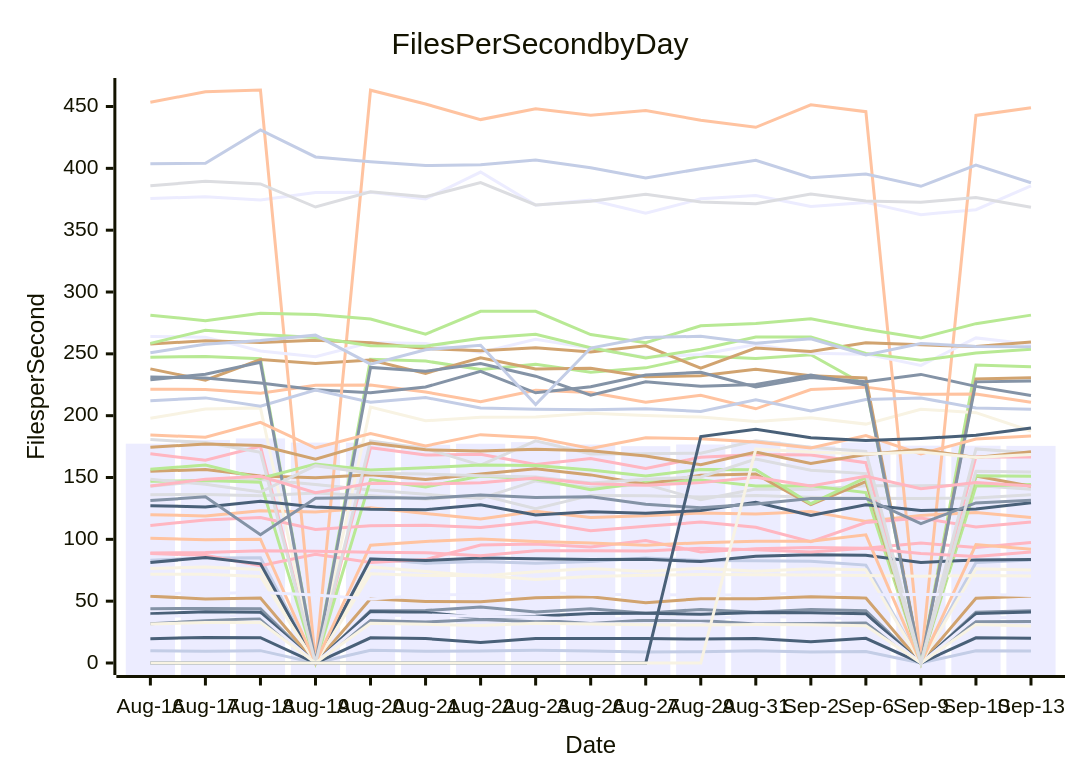
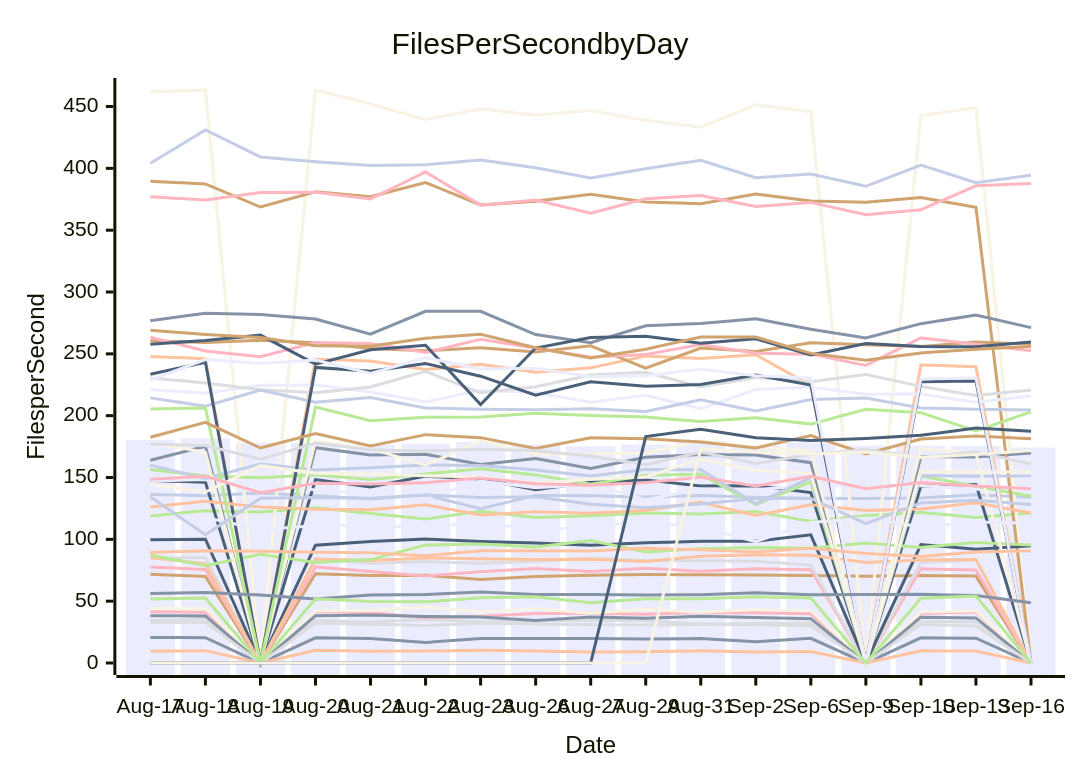
Before and after one commit to streetsidesoftware/cspell: the diagram in perf-report.md, drawn with Mermaid. The commit also changed other lines of this file and 1 other file, not shown here.

````diff
--- a/perf-report.md
+++ b/perf-report.md
@@ -10,56 +10,56 @@
 ```mermaid
 xychart-beta
     title Files Per Second by Day
     y-axis Files per Second
-    x-axis Date [Aug-16, Aug-17, Aug-18, Aug-19, Aug-20, Aug-21, Aug-22, Aug-23, Aug-26, Aug-27, Aug-29, Aug-31, Sep-2, Sep-6, Sep-9, Sep-10, Sep-13]
-    bar [177.36, 180.37, 181.58, 178.25, 178.21, 176.48, 177.31, 178.59, 176.65, 175.34, 176.71, 179.62, 175.68, 178.38, 175.73, 175.70, 175.56]
-    line [43.84, 44.17, 43.94, 0.00, 42.21, 42.40, 45.26, 41.26, 43.81, 40.27, 43.32, 41.01, 43.29, 42.33, 0.00, 41.15, 42.24]
-    line [119.97, 118.94, 123.21, 122.05, 125.45, 120.85, 116.37, 122.78, 117.70, 119.12, 121.35, 120.42, 122.42, 114.54, 119.33, 121.78, 117.69]
-    line [142.97, 147.08, 148.37, 144.42, 139.84, 136.44, 133.06, 147.23, 141.82, 144.43, 131.99, 140.70, 140.40, 143.33, 143.38, 143.55, 140.59]
-    line [247.26, 247.95, 246.01, 0.00, 245.63, 244.19, 237.32, 241.48, 235.19, 238.66, 248.28, 246.15, 249.29, 224.39, 0.00, 241.04, 239.64]
-    line [54.05, 51.77, 52.47, 0.00, 51.98, 49.75, 49.50, 52.81, 53.66, 48.74, 52.00, 52.00, 53.54, 52.52, 0.00, 52.32, 54.12]
-    line [9.93, 9.56, 9.98, 0.00, 10.21, 9.57, 9.67, 10.21, 9.79, 8.96, 9.05, 9.81, 8.92, 9.30, 0.00, 9.85, 9.67]
-    line [169.12, 163.90, 175.25, 0.00, 174.12, 168.12, 168.81, 160.53, 165.45, 157.28, 166.29, 168.59, 168.11, 162.00, 0.00, 166.81, 166.56]
-    line [39.81, 41.51, 41.02, 0.00, 41.64, 40.90, 36.56, 37.81, 40.07, 40.16, 39.52, 40.88, 40.72, 39.85, 0.00, 39.94, 41.26]
-    line [197.88, 205.41, 206.29, 0.00, 206.95, 195.89, 198.81, 198.92, 201.94, 200.15, 198.85, 195.27, 198.37, 193.18, 205.21, 202.42, 187.59]
-    line [375.65, 377.00, 374.45, 380.47, 380.68, 375.26, 397.02, 370.26, 374.39, 363.66, 375.36, 378.12, 369.19, 372.46, 362.58, 366.57, 385.92]
-    line [31.78, 34.11, 35.97, 0.00, 34.29, 33.06, 35.20, 33.44, 33.88, 34.28, 34.29, 31.46, 31.96, 32.39, 0.00, 33.27, 33.48]
-    line [221.35, 221.21, 218.06, 224.66, 224.81, 219.16, 211.20, 220.63, 218.66, 210.78, 216.53, 205.56, 221.13, 223.08, 217.30, 217.60, 210.80]
-    line [136.01, 136.33, 135.27, 137.39, 135.24, 132.55, 135.80, 124.86, 135.53, 135.15, 134.28, 135.44, 134.10, 133.16, 133.12, 133.37, 136.08]
-    line [146.97, 147.53, 146.24, 0.00, 148.33, 142.38, 151.12, 148.79, 140.03, 146.17, 148.08, 143.16, 143.31, 137.86, 0.00, 143.10, 144.41]
-    line [237.83, 228.68, 245.41, 242.22, 244.96, 234.22, 246.89, 237.83, 238.28, 231.51, 232.29, 237.57, 232.38, 230.54, 0.00, 229.61, 230.62]
-    line [83.15, 84.93, 85.14, 0.00, 84.39, 80.69, 82.01, 80.62, 81.99, 84.93, 82.93, 82.69, 82.19, 79.19, 0.00, 81.30, 83.34]
-    line [88.54, 87.18, 78.69, 87.97, 81.21, 83.61, 95.38, 96.21, 93.90, 98.97, 89.73, 92.49, 93.42, 92.85, 96.99, 93.46, 97.52]
-    line [19.64, 20.70, 20.41, 0.00, 20.37, 19.78, 16.65, 19.78, 19.77, 19.75, 19.38, 19.78, 17.23, 19.98, 0.00, 20.38, 20.10]
-    line [76.38, 77.71, 75.62, 0.00, 77.72, 74.04, 70.35, 73.82, 76.46, 74.01, 76.69, 74.15, 76.26, 75.33, 0.00, 76.18, 75.30]
-    line [37.87, 38.23, 38.08, 0.00, 38.14, 38.85, 37.70, 37.19, 34.46, 37.13, 36.19, 37.79, 36.83, 35.85, 0.00, 37.06, 36.42]
-    line [231.20, 230.56, 226.49, 220.96, 218.62, 223.21, 235.78, 218.52, 223.39, 232.83, 235.11, 223.20, 230.93, 227.50, 233.38, 223.69, 216.25]
-    line [453.39, 461.99, 463.36, 0.00, 463.20, 452.00, 439.43, 448.11, 442.87, 446.82, 438.90, 433.22, 451.36, 445.82, 0.00, 442.79, 448.98]
-    line [385.96, 389.59, 387.36, 368.74, 381.05, 377.05, 388.53, 370.41, 373.49, 378.95, 372.79, 371.32, 379.20, 373.63, 372.65, 376.36, 368.52]
-    line [281.29, 276.84, 282.85, 281.73, 278.23, 265.94, 284.38, 284.39, 265.58, 259.03, 272.73, 274.59, 278.30, 269.85, 262.88, 274.40, 281.31]
-    line [154.99, 156.52, 151.19, 149.78, 152.30, 148.37, 152.77, 157.05, 152.12, 144.60, 151.74, 152.77, 128.16, 146.70, 0.00, 151.25, 142.95]
-    line [212.14, 214.39, 207.70, 220.70, 210.90, 214.69, 206.22, 205.16, 204.73, 205.50, 203.46, 212.85, 203.78, 213.00, 214.26, 206.28, 205.22]
-    line [111.20, 115.68, 117.57, 108.01, 110.94, 111.36, 109.59, 114.15, 106.99, 110.60, 113.93, 109.73, 98.03, 113.59, 117.23, 110.00, 114.04]
-    line [81.36, 85.27, 80.18, 0.00, 84.11, 82.91, 84.94, 84.37, 83.76, 83.84, 82.02, 86.32, 87.46, 87.14, 81.35, 83.34, 83.78]
-    line [71.73, 71.73, 69.94, 0.00, 72.13, 70.80, 70.95, 67.44, 70.02, 70.97, 71.48, 71.44, 71.07, 70.80, 70.10, 70.83, 70.27]
-    line [264.09, 263.50, 252.27, 247.59, 259.11, 258.43, 251.09, 261.73, 254.45, 247.25, 249.51, 257.53, 250.46, 249.77, 240.66, 262.89, 257.78]
-    line [229.09, 233.43, 243.19, 0.00, 239.03, 235.84, 242.13, 231.92, 216.52, 227.39, 223.72, 225.22, 232.84, 224.81, 0.00, 227.34, 228.09]
-    line [100.85, 99.70, 100.11, 0.00, 95.31, 98.34, 100.20, 98.20, 97.14, 95.15, 97.31, 98.42, 98.44, 103.61, 0.00, 95.82, 91.96]
-    line [180.65, 178.25, 170.32, 0.00, 179.55, 173.37, 159.94, 179.71, 169.02, 169.12, 169.70, 179.72, 174.42, 171.06, 0.00, 173.10, 169.76]
-    line [156.69, 160.04, 149.26, 160.96, 156.07, 157.97, 160.09, 159.80, 156.02, 151.31, 156.46, 156.20, 128.81, 149.88, 0.00, 151.49, 151.06]
-    line [258.00, 260.49, 259.27, 261.07, 258.95, 254.28, 252.45, 254.96, 251.52, 256.47, 238.41, 254.64, 251.96, 258.89, 257.30, 255.86, 259.52]
-    line [403.76, 404.07, 431.05, 409.21, 405.37, 402.28, 402.99, 406.75, 400.52, 392.20, 399.70, 406.57, 392.41, 395.48, 385.49, 402.68, 388.38]
-    line [89.04, 89.39, 90.78, 90.42, 89.47, 89.22, 86.73, 90.81, 90.69, 90.61, 92.79, 91.57, 89.68, 92.88, 88.59, 86.05, 89.85]
-    line [127.16, 126.21, 130.73, 126.16, 124.30, 123.93, 127.92, 119.73, 122.40, 121.04, 123.38, 130.04, 119.32, 127.89, 123.29, 124.49, 129.64]
-    line [31.50, 32.70, 32.97, 0.00, 32.06, 31.30, 30.41, 32.21, 31.61, 31.00, 30.67, 31.04, 30.96, 30.04, 0.00, 31.22, 29.93]
-    line [56.37, 56.24, 56.95, 55.01, 51.81, 55.08, 55.43, 57.37, 55.42, 55.44, 54.92, 55.19, 56.79, 55.22, 55.40, 55.63, 54.54]
-    line [131.31, 134.38, 103.66, 133.22, 133.90, 133.21, 135.84, 133.85, 134.48, 128.45, 125.51, 128.57, 133.06, 133.03, 112.77, 129.44, 131.63]
-    line [184.34, 182.55, 194.62, 173.87, 185.52, 175.53, 184.67, 182.24, 173.51, 182.05, 181.30, 178.67, 173.82, 183.91, 169.15, 181.18, 183.51]
-    line [148.56, 144.51, 138.29, 159.59, 153.49, 152.84, 151.42, 150.33, 145.56, 148.61, 150.44, 164.92, 155.92, 153.19, 0.00, 155.03, 154.46]
-    line [258.44, 269.09, 265.67, 263.14, 256.57, 256.22, 262.68, 265.85, 254.87, 246.75, 253.70, 263.63, 263.57, 250.38, 244.75, 250.69, 253.77]
-    line [174.43, 177.08, 175.87, 164.73, 177.91, 172.41, 171.41, 172.78, 171.71, 167.41, 160.25, 170.61, 161.33, 168.54, 172.61, 166.17, 170.88]
-    line [250.90, 257.82, 260.83, 265.11, 241.69, 253.34, 256.92, 209.05, 254.71, 263.18, 264.22, 258.50, 262.12, 249.11, 258.37, 255.88, 255.75]
-    line [143.10, 148.69, 150.98, 137.75, 145.27, 144.73, 145.80, 149.65, 145.04, 143.72, 145.86, 150.29, 143.06, 151.08, 140.90, 145.94, 143.19]
-    line [0.00, 0.00, 0.00, 0.00, 0.00, 0.00, 0.00, 0.00, 0.00, 0.00, 183.14, 189.02, 182.17, 179.93, 181.55, 184.12, 189.95]
-    line [0.00, 0.00, 0.00, 0.00, 0.00, 0.00, 0.00, 0.00, 0.00, 0.00, 0.00, 172.99, 170.71, 168.98, 170.63, 166.15, 168.68]
+    x-axis Date [Aug-17, Aug-18, Aug-19, Aug-20, Aug-21, Aug-22, Aug-23, Aug-26, Aug-27, Aug-29, Aug-31, Sep-2, Sep-6, Sep-9, Sep-10, Sep-13, Sep-16]
+    bar [180.37, 181.58, 178.25, 178.21, 176.48, 177.31, 178.59, 176.65, 175.34, 176.71, 179.62, 175.68, 178.38, 175.73, 175.70, 175.56, 174.25]
+    line [20.70, 20.41, 0.00, 20.37, 19.78, 16.65, 19.78, 19.77, 19.75, 19.38, 19.78, 17.23, 19.98, 0.00, 20.38, 20.10, 0.00]
+    line [9.56, 9.98, 0.00, 10.21, 9.57, 9.67, 10.21, 9.79, 8.96, 9.05, 9.81, 8.92, 9.30, 0.00, 9.85, 9.67, 0.00]
+    line [34.11, 35.97, 0.00, 34.29, 33.06, 35.20, 33.44, 33.88, 34.28, 34.29, 31.46, 31.96, 32.39, 0.00, 33.27, 33.48, 0.00]
+    line [118.94, 123.21, 122.05, 125.45, 120.85, 116.37, 122.78, 117.70, 119.12, 121.35, 120.42, 122.42, 114.54, 119.33, 121.78, 117.69, 121.26]
+    line [71.73, 69.94, 0.00, 72.13, 70.80, 70.95, 67.44, 70.02, 70.97, 71.48, 71.44, 71.07, 70.80, 70.10, 70.83, 70.27, 0.00]
+    line [136.33, 135.27, 137.39, 135.24, 132.55, 135.80, 124.86, 135.53, 135.15, 134.28, 135.44, 134.10, 133.16, 133.12, 133.37, 136.08, 134.05]
+    line [77.71, 75.62, 0.00, 77.72, 74.04, 70.35, 73.82, 76.46, 74.01, 76.69, 74.15, 76.26, 75.33, 0.00, 76.18, 75.30, 0.00]
+    line [147.53, 146.24, 0.00, 148.33, 142.38, 151.12, 148.79, 140.03, 146.17, 148.08, 143.16, 143.31, 137.86, 0.00, 143.10, 144.41, 0.00]
+    line [461.99, 463.36, 0.00, 463.20, 452.00, 439.43, 448.11, 442.87, 446.82, 438.90, 433.22, 451.36, 445.82, 0.00, 442.79, 448.98, 0.00]
+    line [147.08, 148.37, 144.42, 139.84, 136.44, 133.06, 147.23, 141.82, 144.43, 131.99, 140.70, 140.40, 143.33, 143.38, 143.55, 140.59, 141.09]
+    line [163.90, 175.25, 0.00, 174.12, 168.12, 168.81, 160.53, 165.45, 157.28, 166.29, 168.59, 168.11, 162.00, 0.00, 166.81, 166.56, 169.73]
+    line [247.95, 246.01, 0.00, 245.63, 244.19, 237.32, 241.48, 235.19, 238.66, 248.28, 246.15, 249.29, 224.39, 0.00, 241.04, 239.64, 0.00]
+    line [84.93, 85.14, 0.00, 84.39, 80.69, 82.01, 80.62, 81.99, 84.93, 82.93, 82.69, 82.19, 79.19, 0.00, 81.30, 83.34, 0.00]
+    line [156.52, 151.19, 149.78, 152.30, 148.37, 152.77, 157.05, 152.12, 144.60, 151.74, 152.77, 128.16, 146.70, 0.00, 151.25, 142.95, 134.91]
+    line [389.59, 387.36, 368.74, 381.05, 377.05, 388.53, 370.41, 373.49, 378.95, 372.79, 371.32, 379.20, 373.63, 372.65, 376.36, 368.52, 0.00]
+    line [160.04, 149.26, 160.96, 156.07, 157.97, 160.09, 159.80, 156.02, 151.31, 156.46, 156.20, 128.81, 149.88, 0.00, 151.49, 151.06, 151.32]
+    line [41.51, 41.02, 0.00, 41.64, 40.90, 36.56, 37.81, 40.07, 40.16, 39.52, 40.88, 40.72, 39.85, 0.00, 39.94, 41.26, 0.00]
+    line [99.70, 100.11, 0.00, 95.31, 98.34, 100.20, 98.20, 97.14, 95.15, 97.31, 98.42, 98.44, 103.61, 0.00, 95.82, 91.96, 94.80]
+    line [44.17, 43.94, 0.00, 42.21, 42.40, 45.26, 41.26, 43.81, 40.27, 43.32, 41.01, 43.29, 42.33, 0.00, 41.15, 42.24, 0.00]
+    line [221.21, 218.06, 224.66, 224.81, 219.16, 211.20, 220.63, 218.66, 210.78, 216.53, 205.56, 221.13, 223.08, 217.30, 217.60, 210.80, 215.89]
+    line [38.23, 38.08, 0.00, 38.14, 38.85, 37.70, 37.19, 34.46, 37.13, 36.19, 37.79, 36.83, 35.85, 0.00, 37.06, 36.42, 0.00]
+    line [85.27, 80.18, 0.00, 84.11, 82.91, 84.94, 84.37, 83.76, 83.84, 82.02, 86.32, 87.46, 87.14, 81.35, 83.34, 83.78, 0.00]
+    line [230.56, 226.49, 220.96, 218.62, 223.21, 235.78, 218.52, 223.39, 232.83, 235.11, 223.20, 230.93, 227.50, 233.38, 223.69, 216.25, 220.85]
+    line [87.18, 78.69, 87.97, 81.21, 83.61, 95.38, 96.21, 93.90, 98.97, 89.73, 92.49, 93.42, 92.85, 96.99, 93.46, 97.52, 95.52]
+    line [260.49, 259.27, 261.07, 258.95, 254.28, 252.45, 254.96, 251.52, 256.47, 238.41, 254.64, 251.96, 258.89, 257.30, 255.86, 259.52, 257.83]
+    line [214.39, 207.70, 220.70, 210.90, 214.69, 206.22, 205.16, 204.73, 205.50, 203.46, 212.85, 203.78, 213.00, 214.26, 206.28, 205.22, 204.66]
+    line [263.50, 252.27, 247.59, 259.11, 258.43, 251.09, 261.73, 254.45, 247.25, 249.51, 257.53, 250.46, 249.77, 240.66, 262.89, 257.78, 252.59]
+    line [233.43, 243.19, 0.00, 239.03, 235.84, 242.13, 231.92, 216.52, 227.39, 223.72, 225.22, 232.84, 224.81, 0.00, 227.34, 228.09, 0.00]
+    line [178.25, 170.32, 0.00, 179.55, 173.37, 159.94, 179.71, 169.02, 169.12, 169.70, 179.72, 174.42, 171.06, 0.00, 173.10, 169.76, 0.00]
+    line [115.68, 117.57, 108.01, 110.94, 111.36, 109.59, 114.15, 106.99, 110.60, 113.93, 109.73, 98.03, 113.59, 117.23, 110.00, 114.04, 112.98]
+    line [276.84, 282.85, 281.73, 278.23, 265.94, 284.38, 284.39, 265.58, 259.03, 272.73, 274.59, 278.30, 269.85, 262.88, 274.40, 281.31, 271.22]
+    line [126.21, 130.73, 126.16, 124.30, 123.93, 127.92, 119.73, 122.40, 121.04, 123.38, 130.04, 119.32, 127.89, 123.29, 124.49, 129.64, 121.27]
+    line [32.70, 32.97, 0.00, 32.06, 31.30, 30.41, 32.21, 31.61, 31.00, 30.67, 31.04, 30.96, 30.04, 0.00, 31.22, 29.93, 0.00]
+    line [205.41, 206.29, 0.00, 206.95, 195.89, 198.81, 198.92, 201.94, 200.15, 198.85, 195.27, 198.37, 193.18, 205.21, 202.42, 187.59, 203.11]
+    line [182.55, 194.62, 173.87, 185.52, 175.53, 184.67, 182.24, 173.51, 182.05, 181.30, 178.67, 173.82, 183.91, 169.15, 181.18, 183.51, 181.34]
+    line [134.38, 103.66, 133.22, 133.90, 133.21, 135.84, 133.85, 134.48, 128.45, 125.51, 128.57, 133.06, 133.03, 112.77, 129.44, 131.63, 128.27]
+    line [377.00, 374.45, 380.47, 380.68, 375.26, 397.02, 370.26, 374.39, 363.66, 375.36, 378.12, 369.19, 372.46, 362.58, 366.57, 385.92, 387.76]
+    line [257.82, 260.83, 265.11, 241.69, 253.34, 256.92, 209.05, 254.71, 263.18, 264.22, 258.50, 262.12, 249.11, 258.37, 255.88, 255.75, 259.51]
+    line [144.51, 138.29, 159.59, 153.49, 152.84, 151.42, 150.33, 145.56, 148.61, 150.44, 164.92, 155.92, 153.19, 0.00, 155.03, 154.46, 154.59]
+    line [228.68, 245.41, 242.22, 244.96, 234.22, 246.89, 237.83, 238.28, 231.51, 232.29, 237.57, 232.38, 230.54, 0.00, 229.61, 230.62, 0.00]
+    line [56.24, 56.95, 55.01, 51.81, 55.08, 55.43, 57.37, 55.42, 55.44, 54.92, 55.19, 56.79, 55.22, 55.40, 55.63, 54.54, 48.64]
+    line [89.39, 90.78, 90.42, 89.47, 89.22, 86.73, 90.81, 90.69, 90.61, 92.79, 91.57, 89.68, 92.88, 88.59, 86.05, 89.85, 90.67]
+    line [177.08, 175.87, 164.73, 177.91, 172.41, 171.41, 172.78, 171.71, 167.41, 160.25, 170.61, 161.33, 168.54, 172.61, 166.17, 170.88, 160.84]
+    line [51.77, 52.47, 0.00, 51.98, 49.75, 49.50, 52.81, 53.66, 48.74, 52.00, 52.00, 53.54, 52.52, 0.00, 52.32, 54.12, 0.00]
+    line [269.09, 265.67, 263.14, 256.57, 256.22, 262.68, 265.85, 254.87, 246.75, 253.70, 263.63, 263.57, 250.38, 244.75, 250.69, 253.77, 256.00]
+    line [404.07, 431.05, 409.21, 405.37, 402.28, 402.99, 406.75, 400.52, 392.20, 399.70, 406.57, 392.41, 395.48, 385.49, 402.68, 388.38, 394.50]
+    line [148.69, 150.98, 137.75, 145.27, 144.73, 145.80, 149.65, 145.04, 143.72, 145.86, 150.29, 143.06, 151.08, 140.90, 145.94, 143.19, 140.90]
+    line [0.00, 0.00, 0.00, 0.00, 0.00, 0.00, 0.00, 0.00, 0.00, 183.14, 189.02, 182.17, 179.93, 181.55, 184.12, 189.95, 187.43]
+    line [0.00, 0.00, 0.00, 0.00, 0.00, 0.00, 0.00, 0.00, 0.00, 0.00, 172.99, 170.71, 168.98, 170.63, 166.15, 168.68, 171.76]
 ```
````
